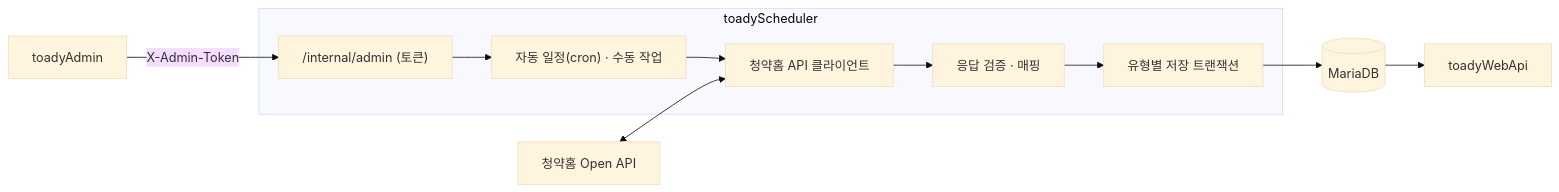
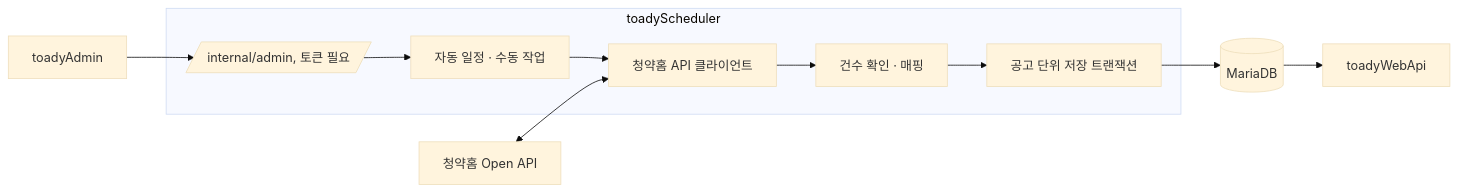
Before and after one commit to hyunyoul1004/toady: the diagram in toadyScheduler/README.md, drawn with Mermaid (base theme). The commit also changed other lines of this file and 4 other files, not shown here.

````diff
--- a/toadyScheduler/README.md
+++ b/toadyScheduler/README.md
@@ -7,13 +9,13 @@
 ```mermaid
 flowchart LR
-    subgraph Scheduler["toadyScheduler"]
-        Timer["자동 일정(cron) · 수동 작업"] --> Client["청약홈 API 클라이언트"]
-        Client --> Check["응답 검증 · 매핑"]
-        Check --> Save["유형별 저장 트랜잭션"]
-        Internal["/internal/admin (토큰)"] --> Timer
+    subgraph Scheduler[toadyScheduler]
+        Timer[자동 일정 · 수동 작업] --> Client[청약홈 API 클라이언트]
+        Client --> Check[건수 확인 · 매핑]
+        Check --> Save[공고 단위 저장 트랜잭션]
+        Internal[/internal/admin, 토큰 필요/] --> Timer
     end
-    Applyhome["청약홈 Open API"] <--> Client
-    Save --> DB[("MariaDB")]
-    Admin["toadyAdmin"] -->|X-Admin-Token| Internal
-    DB --> API["toadyWebApi"]
+    Applyhome[청약홈 Open API] <--> Client
+    Save --> DB[(MariaDB)]
+    Admin[toadyAdmin] --> Internal
+    DB --> API[toadyWebApi]
 ```
````
